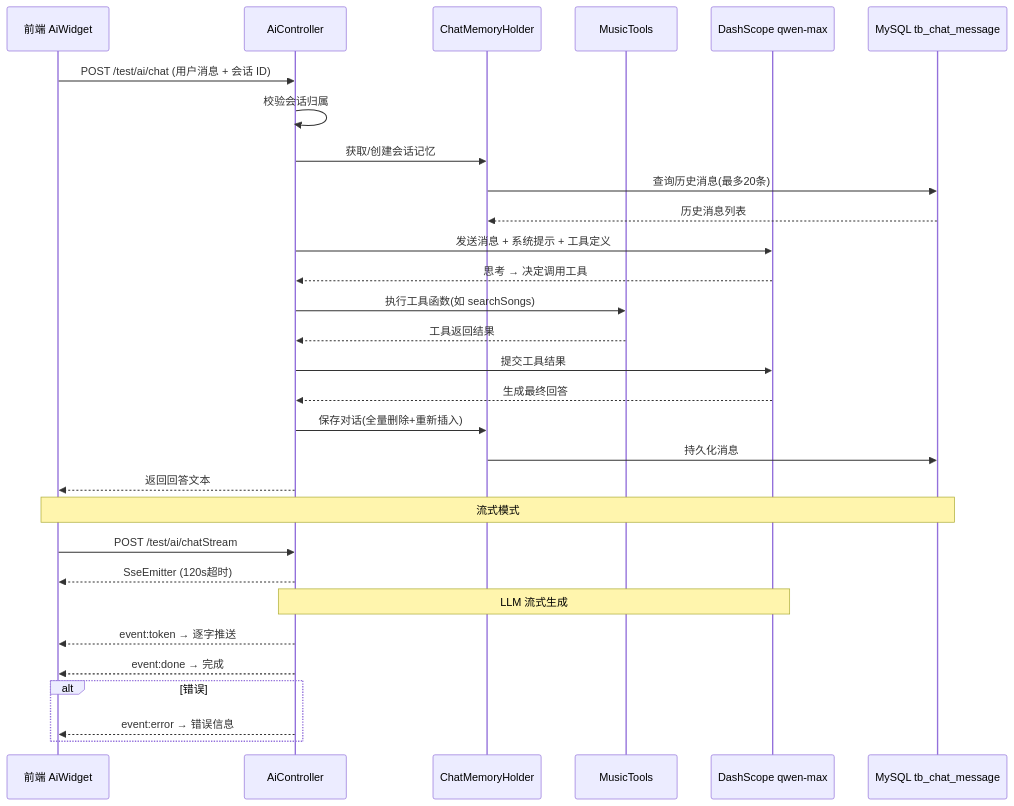
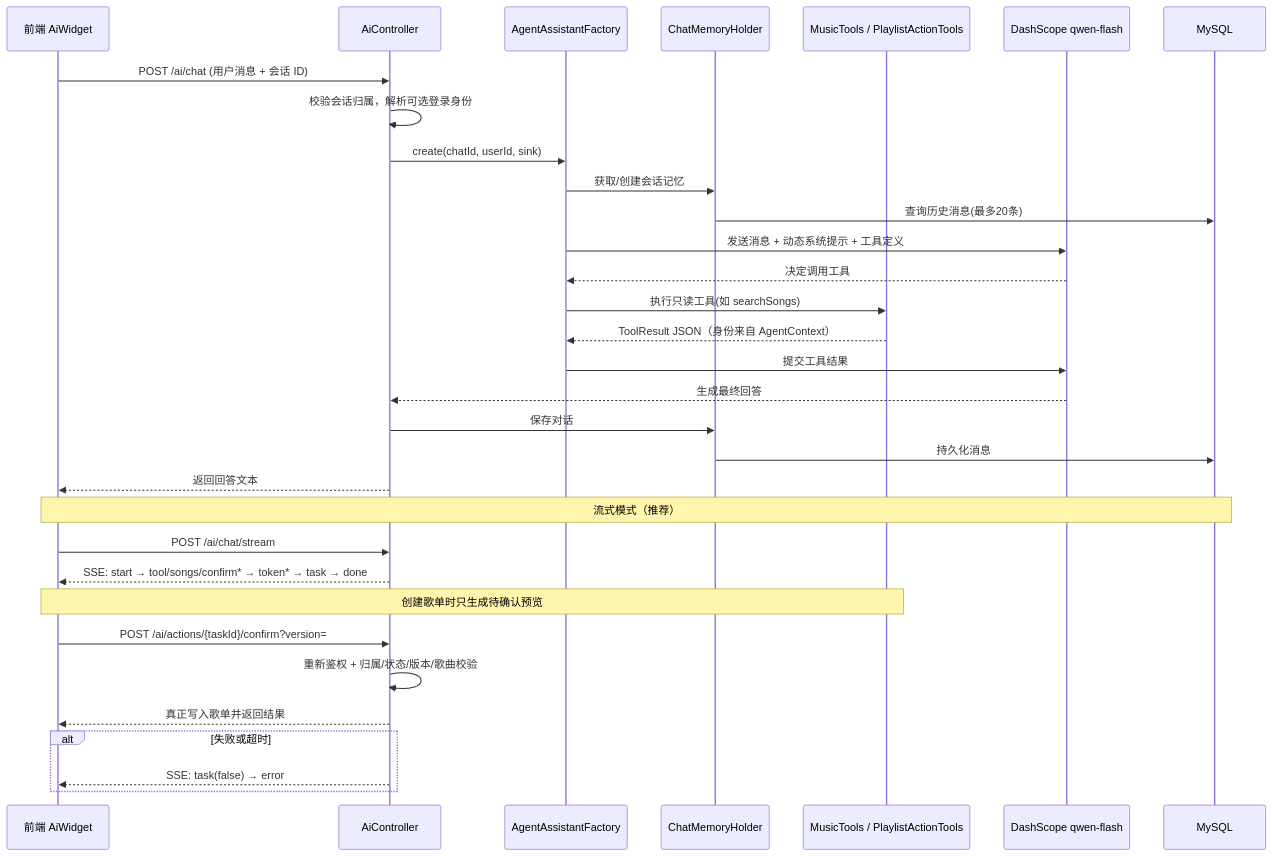
The third of 6 diagrams in README.md (jakehatelov333/music), drawn with Mermaid before and after one commit. The commit also changed other lines of this file and 1 other file, not shown here.

````diff
--- a/README.md
+++ b/README.md
@@ -148,34 +151,36 @@
 ```mermaid
 sequenceDiagram
     participant Frontend as 前端 AiWidget
     participant Backend as AiController
+    participant Factory as AgentAssistantFactory
     participant Memory as ChatMemoryHolder
-    participant Tools as MusicTools
-    participant LLM as DashScope qwen-max
-    participant DB as MySQL tb_chat_message
+    participant Tools as MusicTools / PlaylistActionTools
+    participant LLM as DashScope qwen-flash
+    participant DB as MySQL
 
-    Frontend->>Backend: POST /test/ai/chat (用户消息 + 会话 ID)
-    Backend->>Backend: 校验会话归属
-    Backend->>Memory: 获取/创建会话记忆
+    Frontend->>Backend: POST /ai/chat (用户消息 + 会话 ID)
+    Backend->>Backend: 校验会话归属，解析可选登录身份
+    Backend->>Factory: create(chatId, userId, sink)
+    Factory->>Memory: 获取/创建会话记忆
     Memory->>DB: 查询历史消息(最多20条)
-    DB-->>Memory: 历史消息列表
-    Backend->>LLM: 发送消息 + 系统提示 + 工具定义
-    LLM-->>Backend: 思考 → 决定调用工具
-    Backend->>Tools: 执行工具函数(如 searchSongs)
-    Tools-->>Backend: 工具返回结果
-    Backend->>LLM: 提交工具结果
+    Factory->>LLM: 发送消息 + 动态系统提示 + 工具定义
+    LLM-->>Factory: 决定调用工具
+    Factory->>Tools: 执行只读工具(如 searchSongs)
+    Tools-->>Factory: ToolResult JSON（身份来自 AgentContext）
+    Factory->>LLM: 提交工具结果
     LLM-->>Backend: 生成最终回答
-    Backend->>Memory: 保存对话(全量删除+重新插入)
+    Backend->>Memory: 保存对话
     Memory->>DB: 持久化消息
     Backend-->>Frontend: 返回回答文本
 
-    Note over Frontend,DB: 流式模式
-    Frontend->>Backend: POST /test/ai/chatStream
-    Backend-->>Frontend: SseEmitter (120s超时)
-    Note over Backend,LLM: LLM 流式生成
-    Backend-->>Frontend: event:token → 逐字推送
-    Backend-->>Frontend: event:done → 完成
-    alt 错误
-        Backend-->>Frontend: event:error → 错误信息
+    Note over Frontend,DB: 流式模式（推荐）
+    Frontend->>Backend: POST /ai/chat/stream
+    Backend-->>Frontend: SSE: start → tool/songs/confirm* → token* → task → done
+    Note over Frontend,Tools: 创建歌单时只生成待确认预览
+    Frontend->>Backend: POST /ai/actions/{taskId}/confirm?version=
+    Backend->>Backend: 重新鉴权 + 归属/状态/版本/歌曲校验
+    Backend-->>Frontend: 真正写入歌单并返回结果
+    alt 失败或超时
+        Backend-->>Frontend: SSE: task(false) → error
     end
 ```
````
